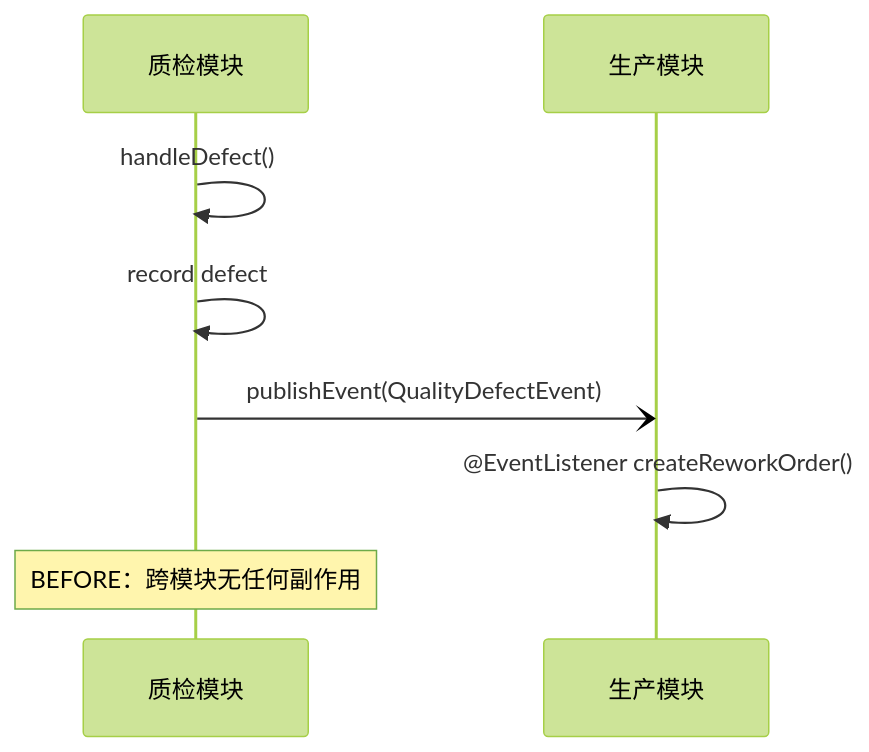
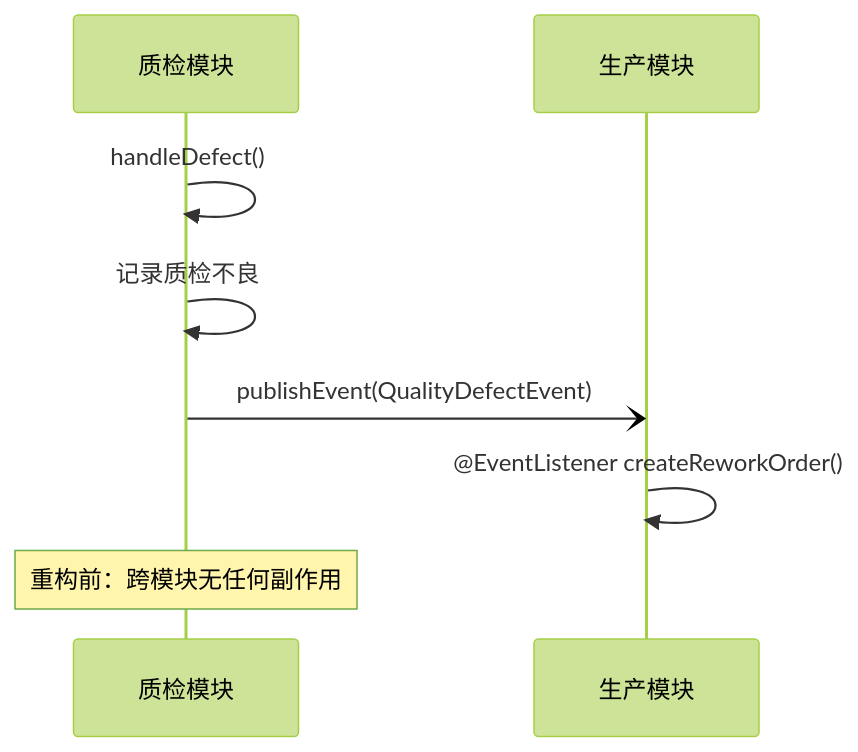
The third of 3 diagrams in case-studies/spring-events-decoupling/README.md (StevenTsai/distribution-architecture), drawn with Mermaid (forest theme) before and after one commit. The commit also changed other lines of this file and 22 other files, not shown here.

````diff
--- a/case-studies/spring-events-decoupling/README.md
+++ b/case-studies/spring-events-decoupling/README.md
@@ -56,10 +56,10 @@
 ```mermaid
 sequenceDiagram
     participant Q as 质检模块
     participant P as 生产模块
     Q->>Q: handleDefect()
-    Q->>Q: record defect
+    Q->>Q: 记录质检不良
     Q-)P: publishEvent(QualityDefectEvent)
     P->>P: @EventListener createReworkOrder()
-    Note over Q: BEFORE：跨模块无任何副作用
+    Note over Q: 重构前：跨模块无任何副作用
 ```
````
